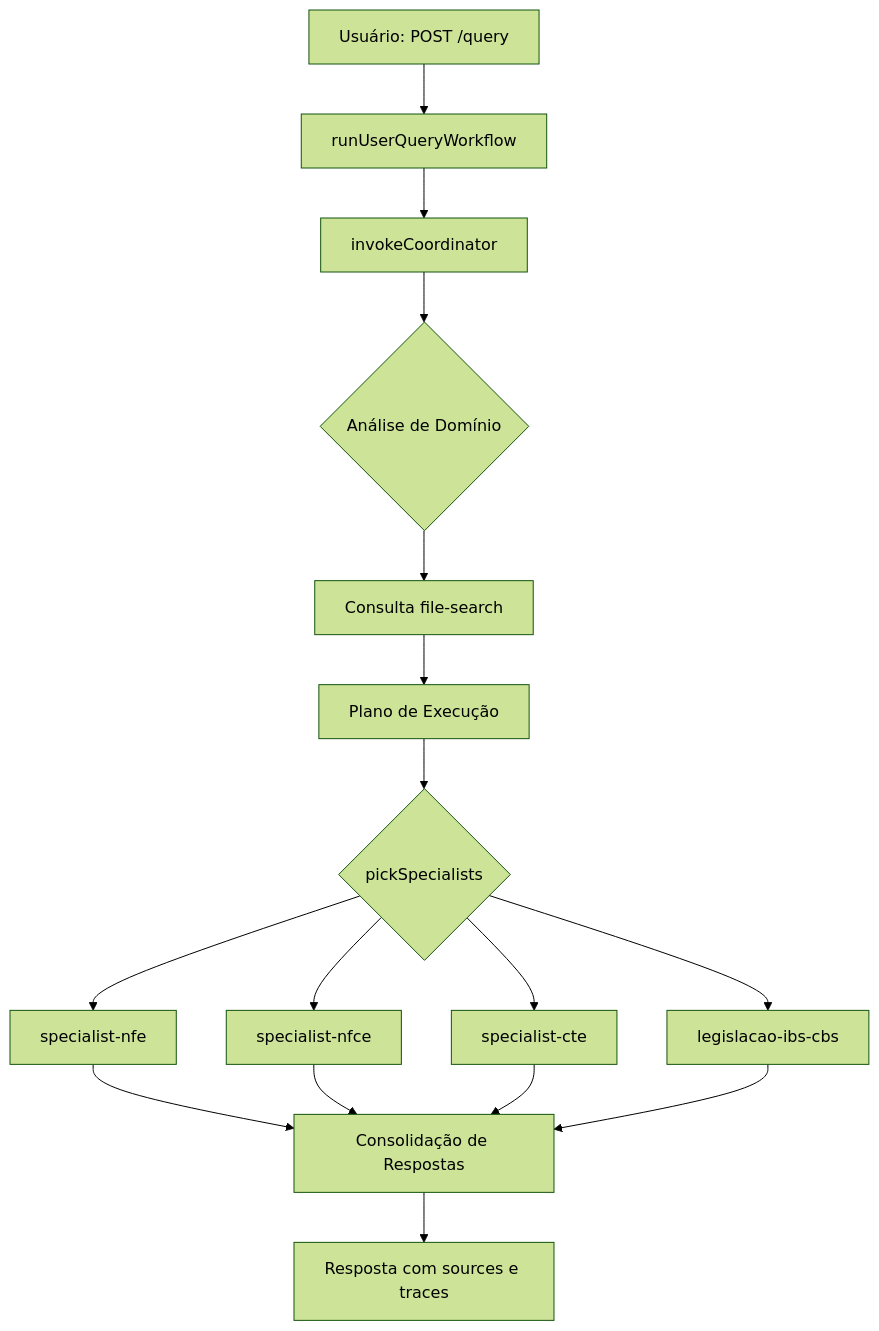
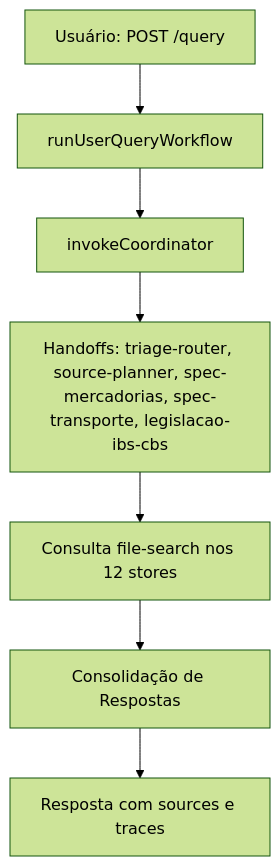
Before and after one commit to whitebeardit/tax-virtual-office: the first of 3 diagrams in docs/AGENTS.md, drawn with Mermaid (forest theme). The commit also changed other lines of this file and 19 other files, not shown here.

````diff
--- a/docs/AGENTS.md
+++ b/docs/AGENTS.md
@@ -384,18 +356,9 @@
 ```mermaid
 flowchart TD
     A[Usuário: POST /query] --> B[runUserQueryWorkflow]
     B --> C[invokeCoordinator]
-    C --> D{Análise de Domínio}
-    D --> E[Consulta file-search]
-    E --> F[Plano de Execução]
-    F --> G{pickSpecialists}
-    G --> H[specialist-nfe]
-    G --> I[specialist-nfce]
-    G --> J[specialist-cte]
-    G --> K[legislacao-ibs-cbs]
-    H --> L[Consolidação de Respostas]
-    I --> L
-    J --> L
-    K --> L
-    L --> M[Resposta com sources e traces]
+    C --> D[Handoffs: triage-router, source-planner, spec-mercadorias, spec-transporte, legislacao-ibs-cbs]
+    D --> E[Consulta file-search nos 12 stores]
+    E --> F[Consolidação de Respostas]
+    F --> G[Resposta com sources e traces]
 ```
````
